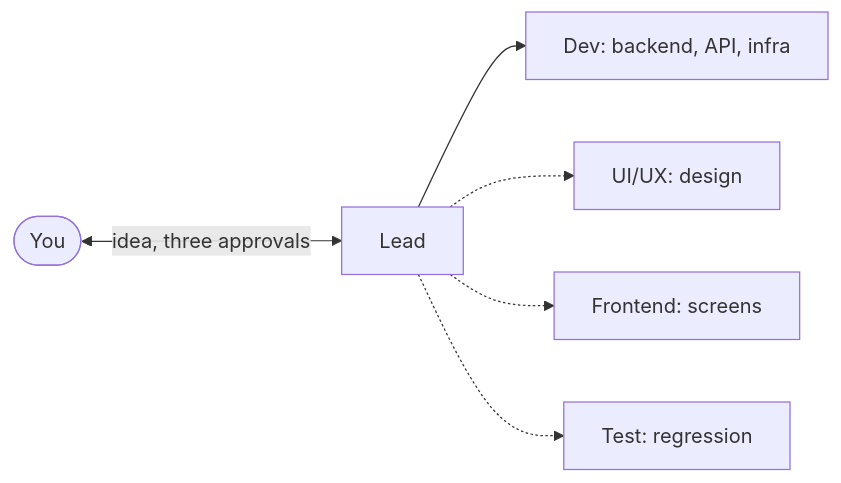
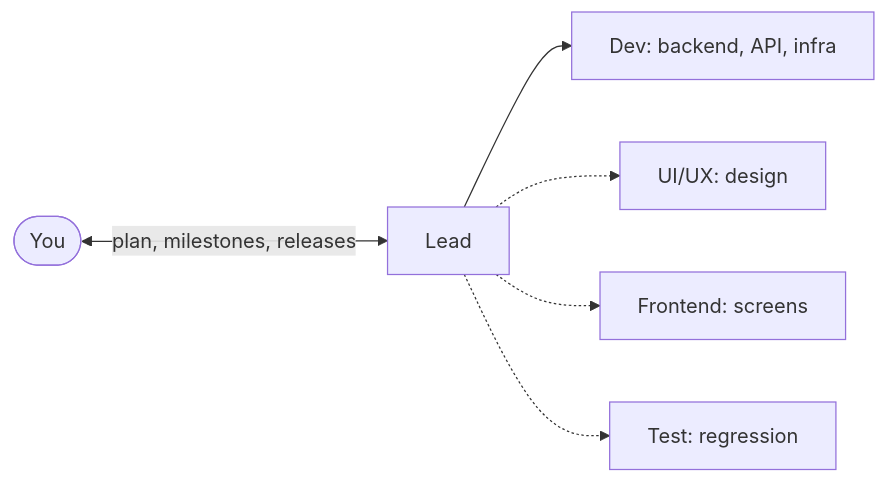
Before and after one commit to liquizzz/crewbook-build: the diagram in README.md, drawn with Mermaid. The commit also changed other lines of this file and 21 other files, not shown here.

````diff
--- a/README.md
+++ b/README.md
@@ -21,8 +25,8 @@
 ```mermaid
 flowchart LR
-  You(["You"]) <-- "idea, three approvals" --> Lead
+  You(["You"]) <-- "plan, milestones, releases" --> Lead
   Lead --> Dev["Dev: backend, API, infra"]
   Lead -.-> UX["UI/UX: design"]
   Lead -.-> FE["Frontend: screens"]
   Lead -.-> Test["Test: regression"]
 ```
````
